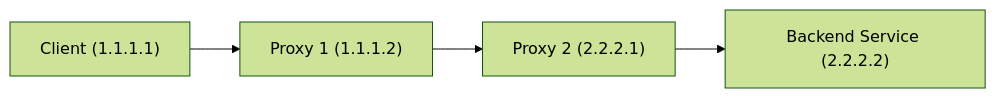
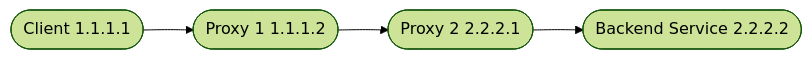
The second of 3 diagrams in app/posts/nginx-get-real-ip/page.mdx (doveyoung1126/my-nextra), drawn with Mermaid (forest theme) before and after one commit. The commit also changed other lines of this file and 1 other file, not shown here.

Commit message:
fix(mermaid): fix flowchart disappeared when press any key in mdx page

````diff
--- a/app/posts/nginx-get-real-ip/page.mdx
+++ b/app/posts/nginx-get-real-ip/page.mdx
@@ -44,4 +44,4 @@
 ```mermaid
-graph LR;
-    Client["Client (1.1.1.1)"] -->Nginx1["Proxy 1 (1.1.1.2)"]-->Nginx2["Proxy 2 (2.2.2.1)"]-->Service["Backend Service (2.2.2.2)"];
+flowchart LR
+    Client([Client 1.1.1.1]) -->Nginx1([Proxy 1 1.1.1.2])-->Nginx2([Proxy 2 2.2.2.1])-->Service([Backend Service 2.2.2.2])
 ```
````
